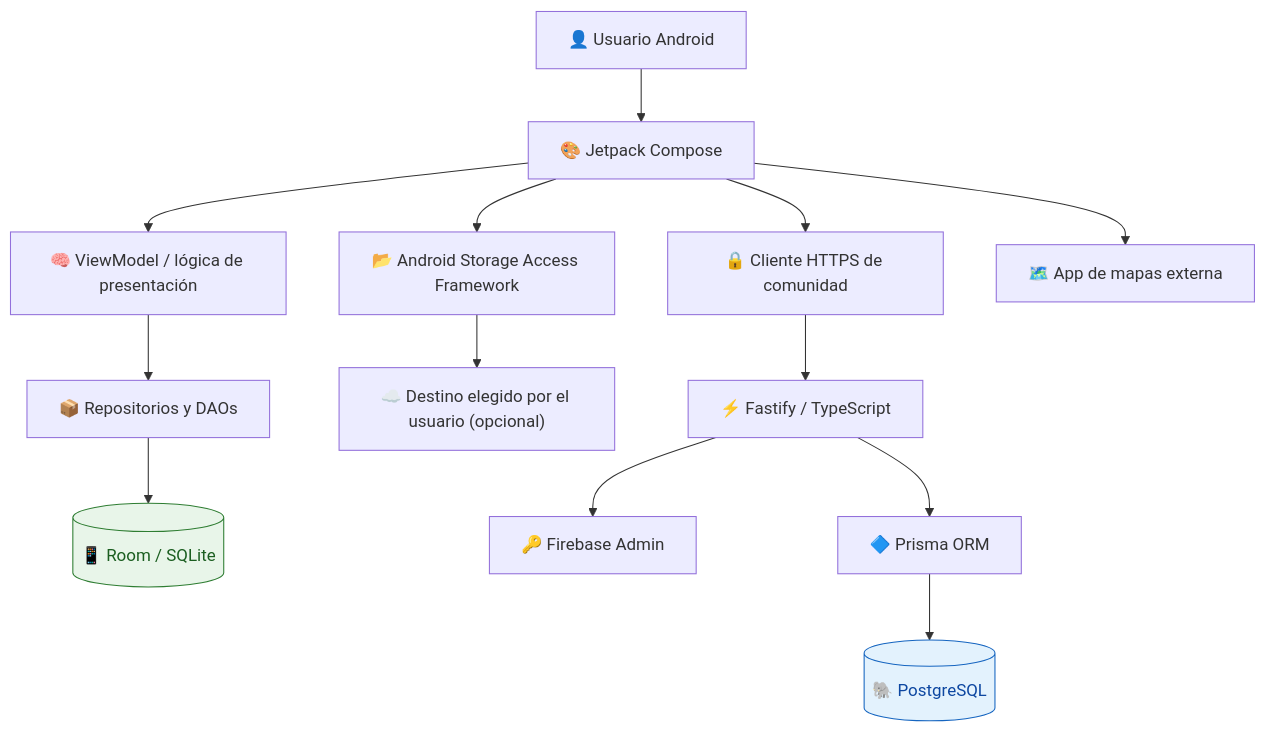
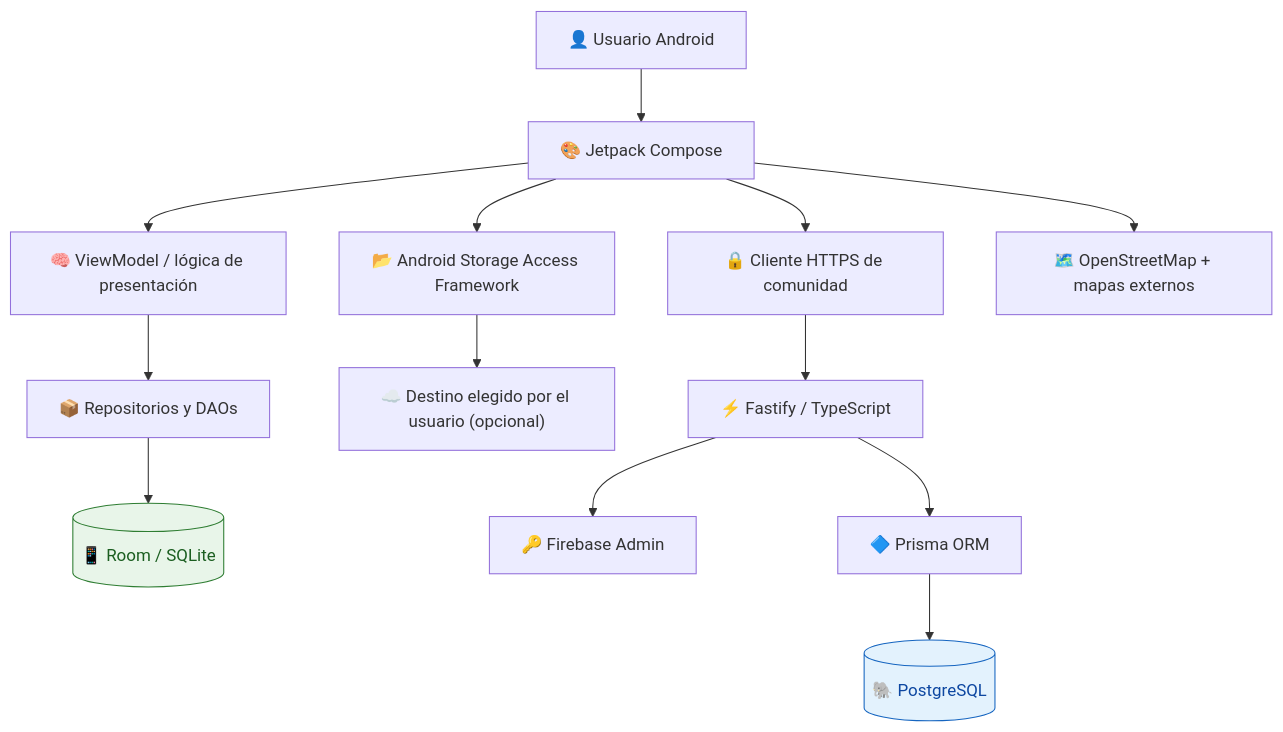
The first of 3 diagrams in README.md (cponce123com-create/Mi-mascota), drawn with Mermaid before and after one commit. The commit also changed other lines of this file, not shown here.

````diff
--- a/README.md
+++ b/README.md
@@ -52,17 +54,17 @@
 ```mermaid
 flowchart TB
     U["👤 Usuario Android"] --> UI["🎨 Jetpack Compose"]
     UI --> VM["🧠 ViewModel / lógica de presentación"]
     VM --> REPO["📦 Repositorios y DAOs"]
     REPO --> ROOM[("📱 Room / SQLite")]
     UI --> SAF["📂 Android Storage Access Framework"]
     SAF --> DRIVE["☁️ Destino elegido por el usuario (opcional)"]
     UI --> API["🔒 Cliente HTTPS de comunidad"]
     API --> FAST["⚡ Fastify / TypeScript"]
     FAST --> AUTH["🔑 Firebase Admin"]
     FAST --> ORM["🔷 Prisma ORM"]
     ORM --> PG[("🐘 PostgreSQL")]
-    UI --> MAP["🗺️ App de mapas externa"]
+    UI --> MAP["🗺️ OpenStreetMap + mapas externos"]
     style ROOM fill:#e8f5e9,stroke:#2e7d32,color:#1b5e20
     style PG fill:#e3f2fd,stroke:#1565c0,color:#0d47a1
 ```
````
